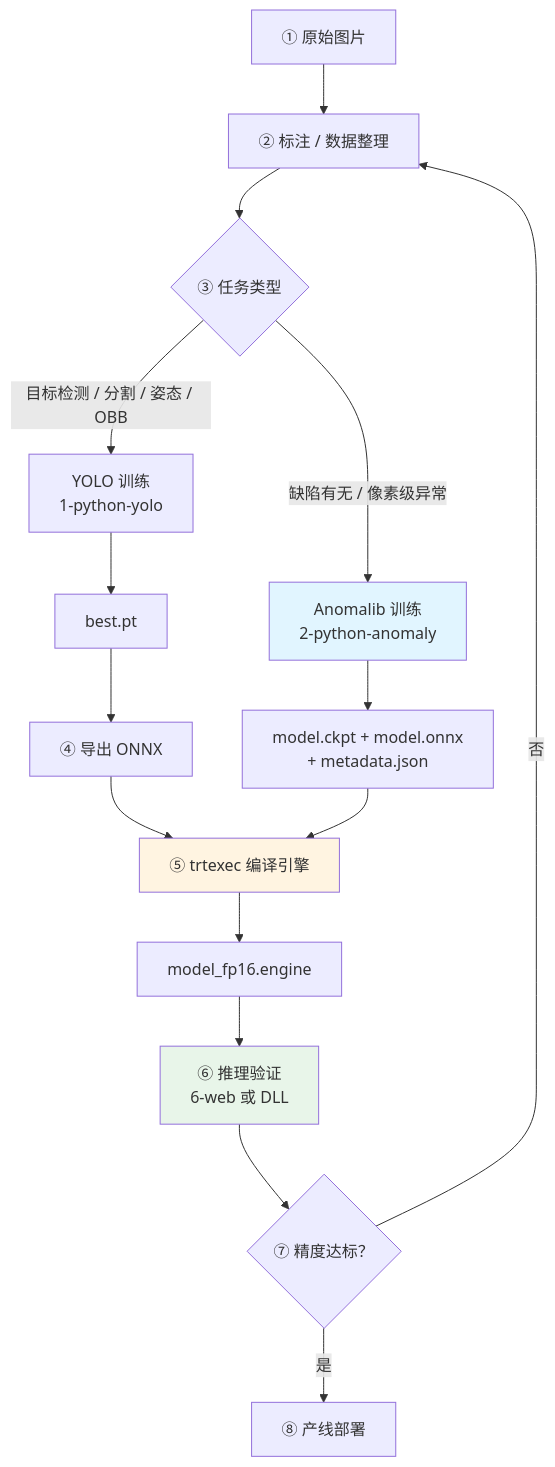
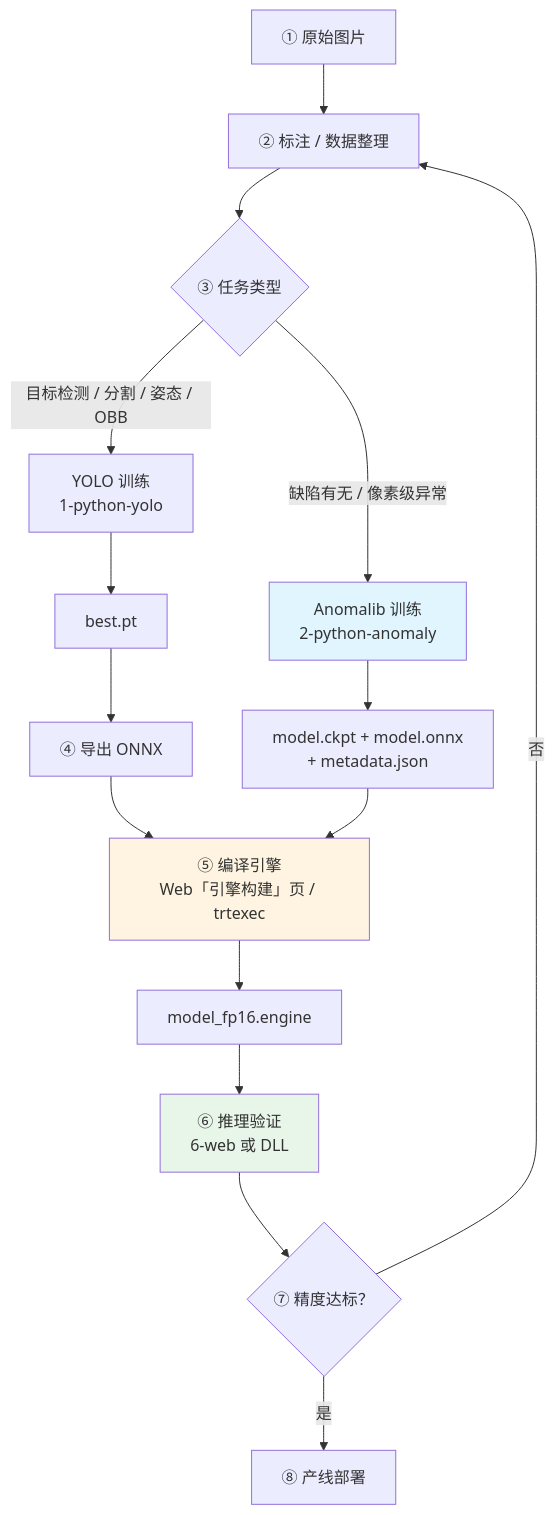
The diagram in docs/WORKFLOW_GUIDE.md (jusitfy0913/dp-tool), drawn with Mermaid before and after one commit. The commit also changed other lines of this file and 11 other files, not shown here.

````diff
--- a/docs/WORKFLOW_GUIDE.md
+++ b/docs/WORKFLOW_GUIDE.md
@@ -11,25 +11,25 @@
 ```mermaid
 flowchart TD
     A["① 原始图片"] --> B["② 标注 / 数据整理"]
     B --> C{"③ 任务类型"}
 
     C -->|"目标检测 / 分割 / 姿态 / OBB"| D["YOLO 训练<br/>1-python-yolo"]
     C -->|"缺陷有无 / 像素级异常"| E["Anomalib 训练<br/>2-python-anomaly"]
 
     D --> F["best.pt"]
     E --> G["model.ckpt + model.onnx<br/>+ metadata.json"]
 
     F --> H["④ 导出 ONNX"]
-    H --> I["⑤ trtexec 编译引擎"]
+    H --> I["⑤ 编译引擎<br/>Web「引擎构建」页 / trtexec"]
     G --> I
     I --> J["model_fp16.engine"]
 
     J --> K["⑥ 推理验证<br/>6-web 或 DLL"]
     K --> L{"⑦ 精度达标？"}
     L -->|否| B
     L -->|是| M["⑧ 产线部署"]
 
     style E fill:#e1f5ff
     style I fill:#fff4e1
     style K fill:#e8f5e9
 ```
````
